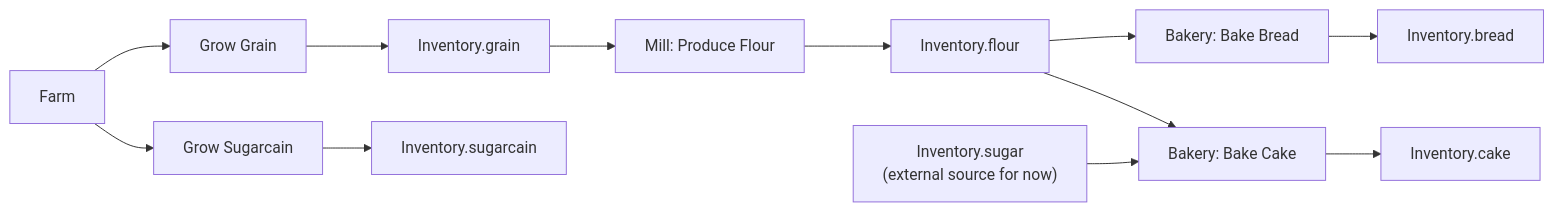
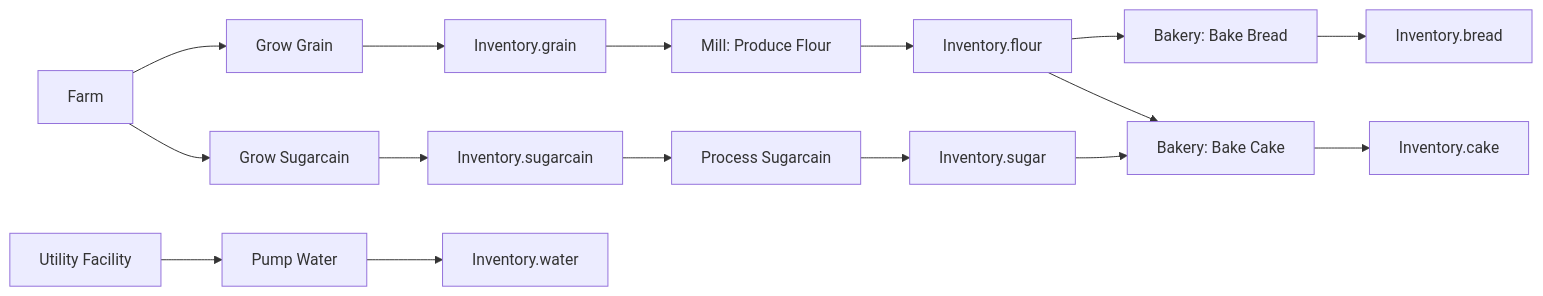
The fourth of 14 diagrams in docs/VariableRelationshipMap.md (gram12321/protoproduction), drawn with Mermaid before and after one commit. The commit also changed other lines of this file and 20 other files, not shown here.

Commit message:
0.00241 basecost, cityprice, water and utility building

````diff
--- a/docs/VariableRelationshipMap.md
+++ b/docs/VariableRelationshipMap.md
@@ -166,18 +164,23 @@
 ```mermaid
 flowchart LR
   FARM["Farm"] --> GRAIN_R["Grow Grain"]
   FARM --> CANE_R["Grow Sugarcain"]
+  UTIL["Utility Facility"] --> WATER_R["Pump Water"]
 
   GRAIN_R --> GRAIN_I["Inventory.grain"]
   CANE_R --> CANE_I["Inventory.sugarcain"]
+  WATER_R --> WATER_I["Inventory.water"]
 
   GRAIN_I --> MILL_R["Mill: Produce Flour"]
   MILL_R --> FLOUR_I["Inventory.flour"]
+
+  CANE_I --> SUGAR_R["Process Sugarcain"]
+  SUGAR_R --> SUGAR_I["Inventory.sugar"]
 
   FLOUR_I --> BREAD_R["Bakery: Bake Bread"]
   BREAD_R --> BREAD_I["Inventory.bread"]
 
   FLOUR_I --> CAKE_R["Bakery: Bake Cake"]
-  SUGAR_I["Inventory.sugar\n(external source for now)"] --> CAKE_R
+  SUGAR_I --> CAKE_R
   CAKE_R --> CAKE_I["Inventory.cake"]
 ```
````
